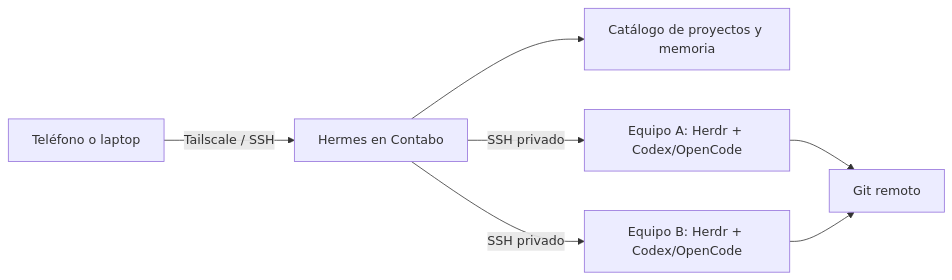
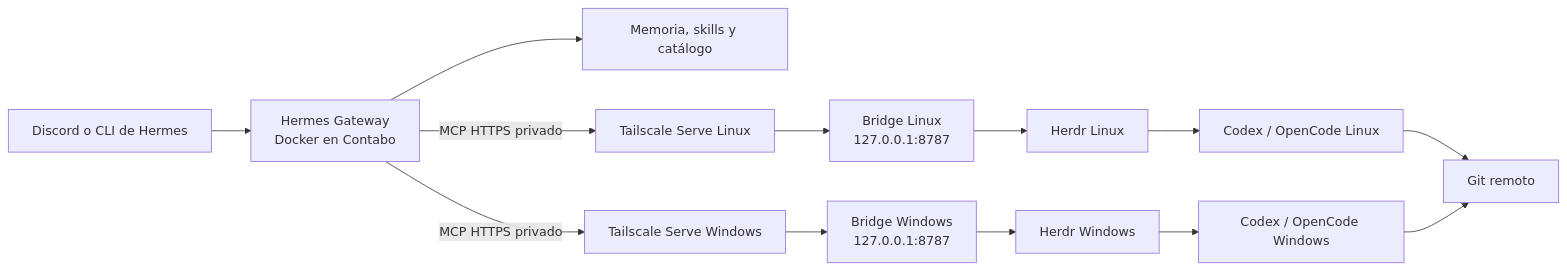
The diagram in docs/arquitectura.md (DeividArriaza/hermes-persistente), drawn with Mermaid before and after one commit. The commit also changed other lines of this file and 1 other file, not shown here.

Commit message:
Document multi-node Hermes architecture

````diff
--- a/docs/arquitectura.md
+++ b/docs/arquitectura.md
@@ -13,9 +13,15 @@
 ```mermaid
 flowchart LR
-  U[Teléfono o laptop] -->|Tailscale / SSH| H[Hermes en Contabo]
-  H --> K[Catálogo de proyectos y memoria]
-  H -->|SSH privado| A[Equipo A: Herdr + Codex/OpenCode]
-  H -->|SSH privado| B[Equipo B: Herdr + Codex/OpenCode]
-  A --> G[Git remoto]
-  B --> G
+  U[Discord o CLI de Hermes] --> H[Hermes Gateway<br/>Docker en Contabo]
+  H --> K[Memoria, skills y catálogo]
+  H -->|MCP HTTPS privado| LS[Tailscale Serve Linux]
+  H -->|MCP HTTPS privado| WS[Tailscale Serve Windows]
+  LS --> LB[Bridge Linux<br/>127.0.0.1:8787]
+  WS --> WB[Bridge Windows<br/>127.0.0.1:8787]
+  LB --> LH[Herdr Linux]
+  WB --> WH[Herdr Windows]
+  LH --> LC[Codex / OpenCode Linux]
+  WH --> WC[Codex / OpenCode Windows]
+  LC --> G[Git remoto]
+  WC --> G
 ```
````
